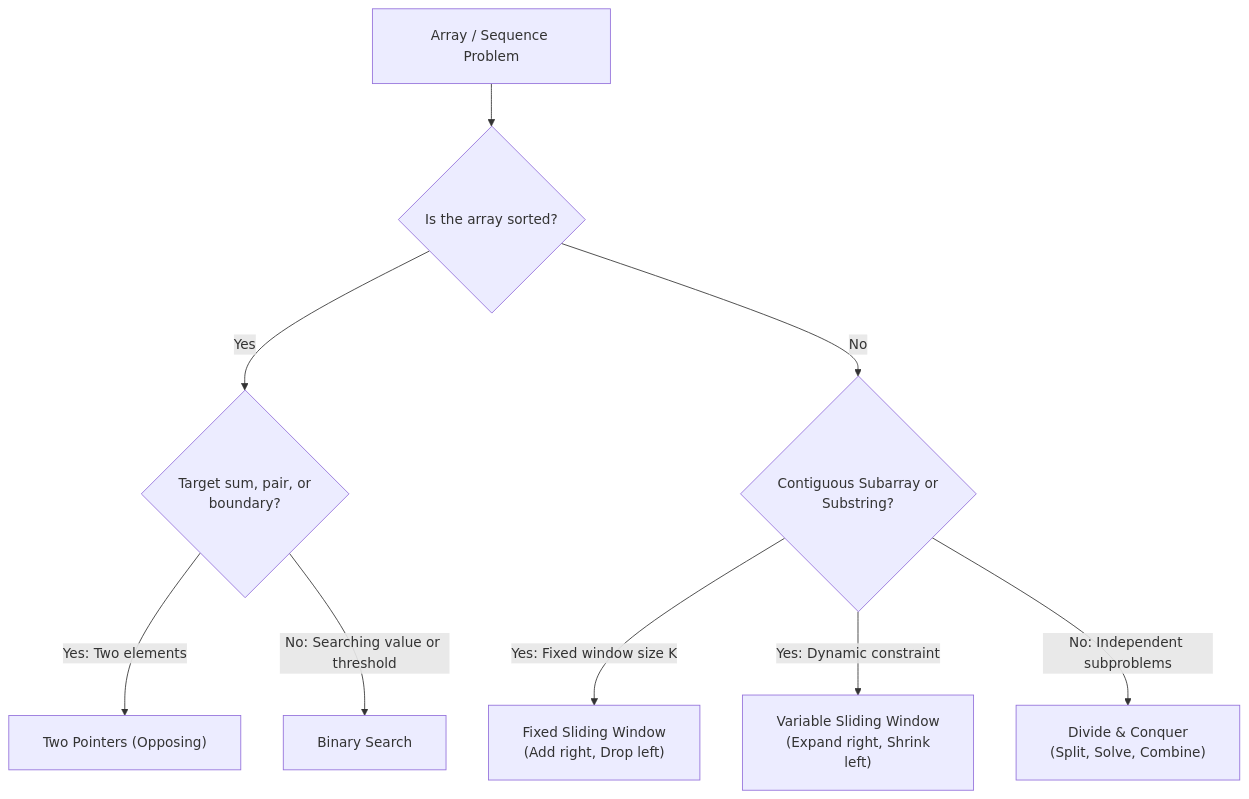
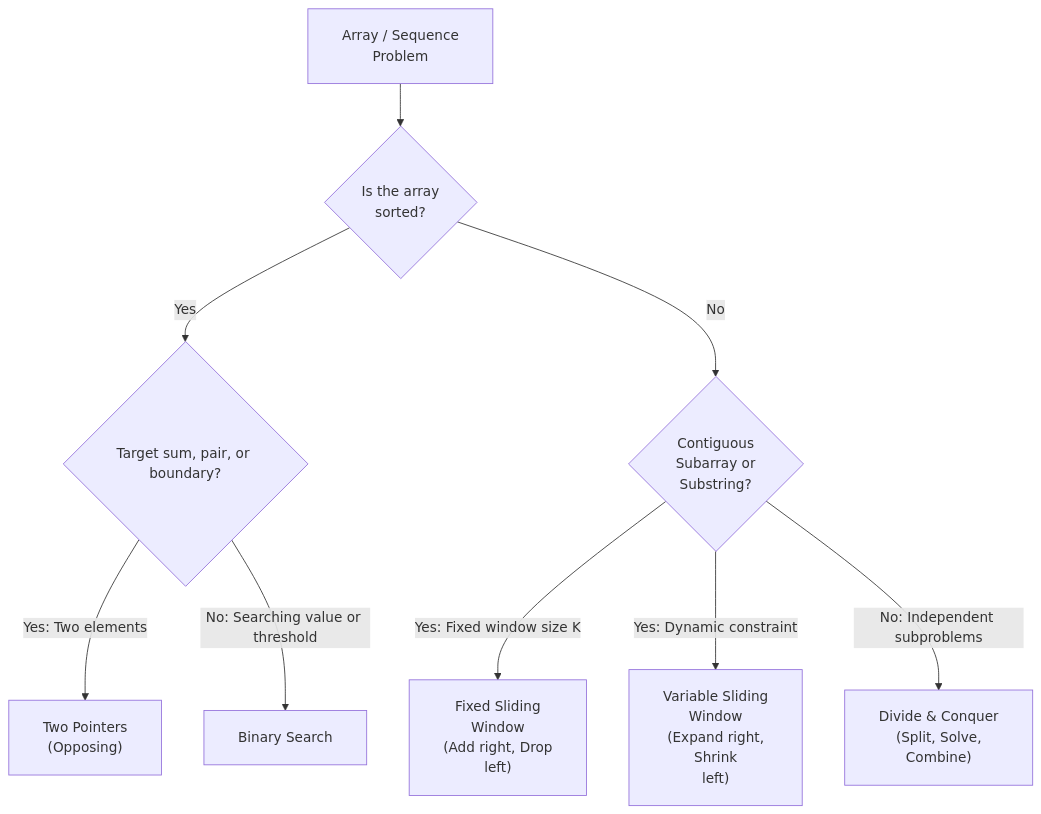
The diagram in week_04_core_problem_solving_patterns_i/support files/Week_04_Problem_Solving_Roadmap.md (dip4k/DSA_102), drawn with Mermaid before and after one commit. The commit also changed 106 other files, not shown here.

First line of the commit message:
fix(mermaid): prevent text clipping with foreignObject overflow and tighter line wrapping

````diff
--- a/week_04_core_problem_solving_patterns_i/support files/Week_04_Problem_Solving_Roadmap.md
+++ b/week_04_core_problem_solving_patterns_i/support files/Week_04_Problem_Solving_Roadmap.md
@@ -16,12 +16,12 @@
 ```mermaid
-%%{init: {"flowchart": {"htmlLabels": true, "padding": 20}}}%%
+%%{init: {"flowchart": {"htmlLabels": true, "padding": 20}, "themeCSS": "foreignObject { overflow: visible !important; }"}}%%
 flowchart TD
-    Start["Array / Sequence Problem"] --> Q1{"Is the array sorted?"}
-    Q1 -->|Yes| Q2{"Target sum, pair, or<br/>boundary?"}
-    Q2 -->|Yes: Two elements| P1["Two Pointers (Opposing)"]
+    Start["Array / Sequence<br/>Problem"] --> Q1{"Is the array<br/>sorted?"}
+    Q1 -->|Yes| Q2{"Target sum, pair, or boundary?"}
+    Q2 -->|Yes: Two elements| P1["Two Pointers<br/>(Opposing)"]
     Q2 -->|No: Searching value or threshold| P2["Binary Search"]
-    Q1 -->|No| Q3{"Contiguous Subarray or<br/>Substring?"}
-    Q3 -->|Yes: Fixed window size K| P3["Fixed Sliding Window<br/>(Add right, Drop left)"]
-    Q3 -->|Yes: Dynamic constraint| P4["Variable Sliding Window<br/>(Expand right, Shrink<br/>left)"]
-    Q3 -->|No: Independent subproblems| P5["Divide & Conquer<br/>(Split, Solve, Combine)"]
+    Q1 -->|No| Q3{"Contiguous<br/>Subarray or<br/>Substring?"}
+    Q3 -->|Yes: Fixed window size K| P3["Fixed Sliding<br/>Window<br/>(Add right, Drop<br/>left)"]
+    Q3 -->|Yes: Dynamic constraint| P4["Variable Sliding<br/>Window<br/>(Expand right,<br/>Shrink<br/>left)"]
+    Q3 -->|No: Independent subproblems| P5["Divide & Conquer<br/>(Split, Solve,<br/>Combine)"]
 ```
````
